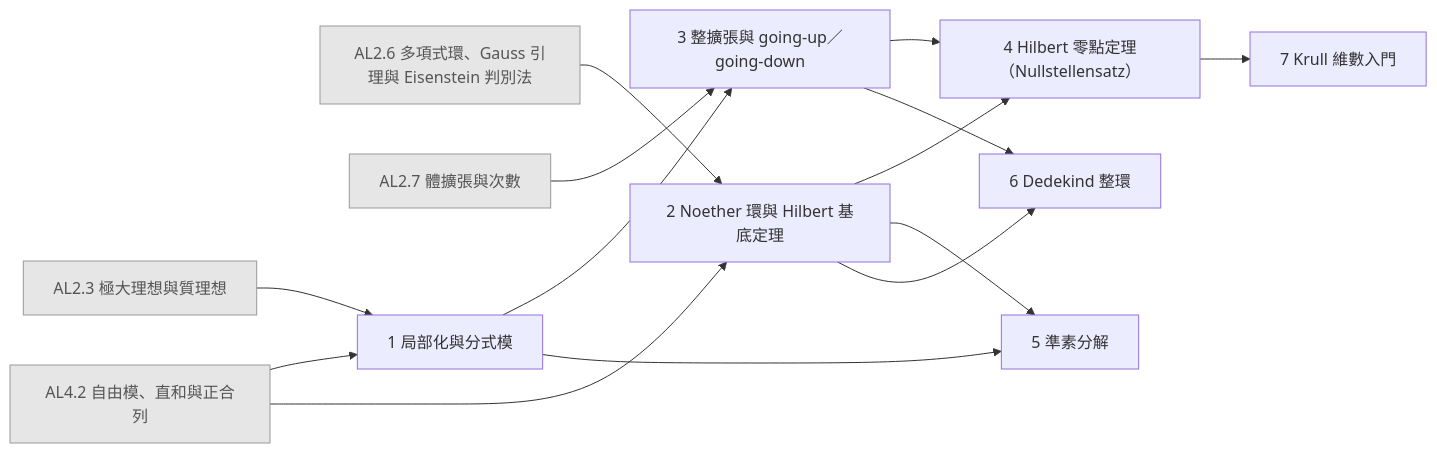
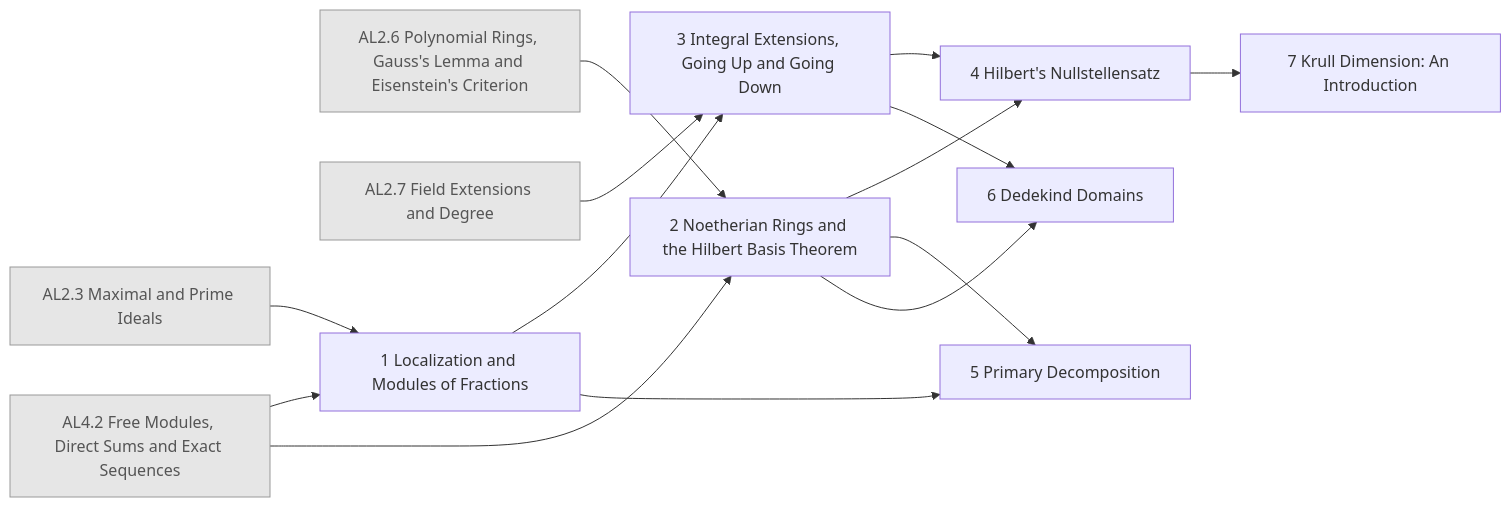
Before and after one commit to AkizumiFox/math-atlas: the diagram in generated/chapters/AL5.mmd, drawn with Mermaid. The commit also changed 36 other files, not shown here.

```diff
--- a/generated/chapters/AL5.mmd
+++ b/generated/chapters/AL5.mmd
@@ -1,28 +1,28 @@
 flowchart LR
-  AL2_3["AL2.3 極大理想與質理想"]:::ext
-  AL2_6["AL2.6 多項式環、Gauss 引理與 Eisenstein 判別法"]:::ext
-  AL2_7["AL2.7 體擴張與次數"]:::ext
-  AL4_2["AL4.2 自由模、直和與正合列"]:::ext
-  AL5_1["1 局部化與分式模"]
-  AL5_2["2 Noether 環與 Hilbert 基底定理"]
-  AL5_3["3 整擴張與 going-up／going-down"]
-  AL5_4["4 Hilbert 零點定理（Nullstellensatz）"]
-  AL5_5["5 準素分解"]
-  AL5_6["6 Dedekind 整環"]
-  AL5_7["7 Krull 維數入門"]
+  AL2_3["AL2.3 Maximal and Prime Ideals"]:::ext
+  AL2_6["AL2.6 Polynomial Rings, Gauss's Lemma and Eisenstein's Criterion"]:::ext
+  AL2_7["AL2.7 Field Extensions and Degree"]:::ext
+  AL4_2["AL4.2 Free Modules, Direct Sums and Exact Sequences"]:::ext
+  AL5_1["1 Localization and Modules of Fractions"]
+  AL5_2["2 Noetherian Rings and the Hilbert Basis Theorem"]
+  AL5_3["3 Integral Extensions, Going Up and Going Down"]
+  AL5_4["4 Hilbert's Nullstellensatz"]
+  AL5_5["5 Primary Decomposition"]
+  AL5_6["6 Dedekind Domains"]
+  AL5_7["7 Krull Dimension: An Introduction"]
   AL2_3 --> AL5_1
   AL4_2 --> AL5_1
   AL2_6 --> AL5_2
   AL4_2 --> AL5_2
   AL2_7 --> AL5_3
   AL5_1 --> AL5_3
   AL5_2 --> AL5_4
   AL5_3 --> AL5_4
   AL5_1 --> AL5_5
   AL5_2 --> AL5_5
   AL5_2 --> AL5_6
   AL5_3 --> AL5_6
   AL5_4 --> AL5_7
   classDef ext fill:#e6e6e6,stroke:#999,color:#555
   classDef opt fill:#fff,stroke:#999,stroke-dasharray:4 3,color:#555
   classDef segb fill:#f6f6fb,stroke:#99a,color:#333
```
